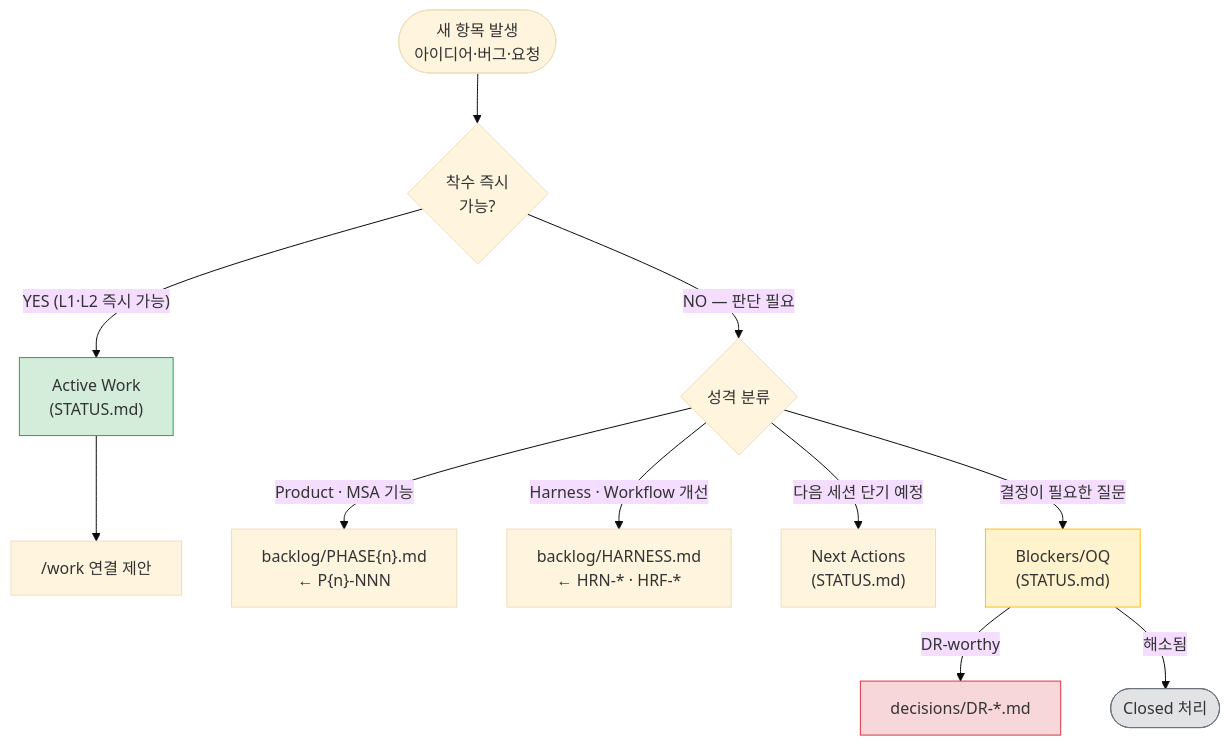
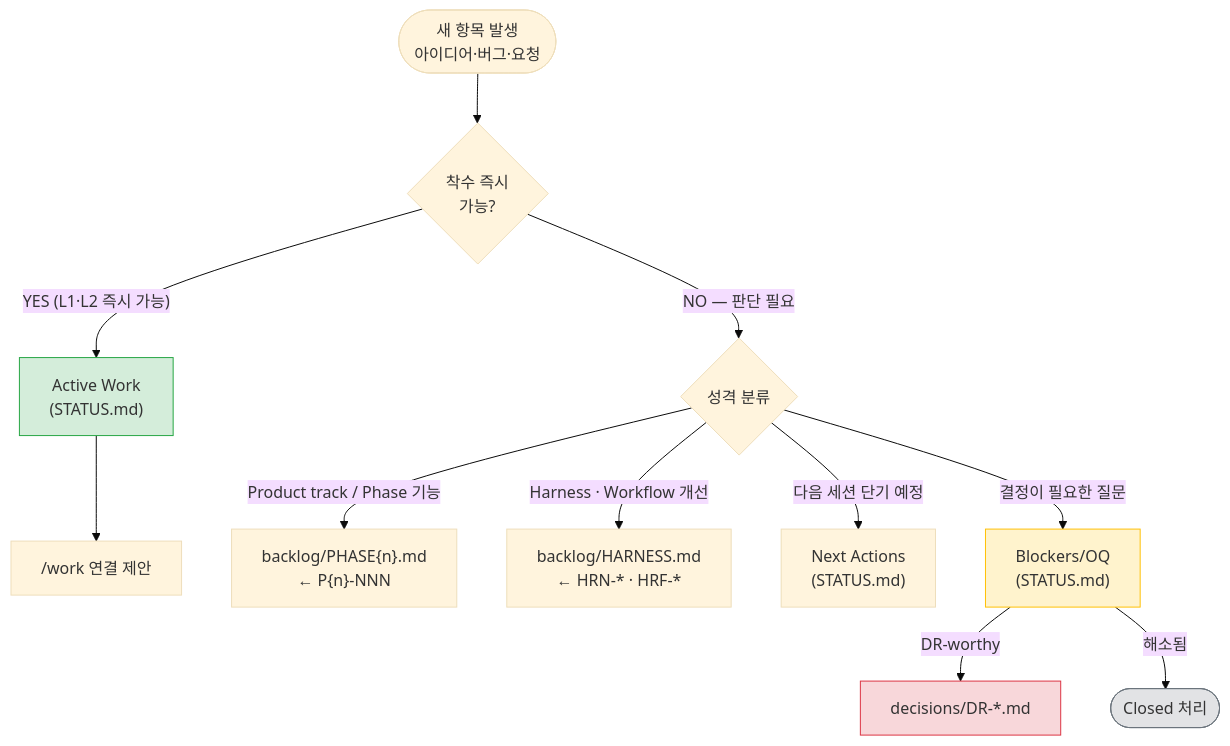
Before and after one commit to kyungseo/ai-workflow-harness: the seventh of 14 diagrams in docs/WORKFLOW-MANUAL.md, drawn with Mermaid (base theme). The commit also changed other lines of this file and 216 other files, not shown here.

````diff
--- a/docs/WORKFLOW-MANUAL.md
+++ b/docs/WORKFLOW-MANUAL.md
@@ -379,22 +391,22 @@
 ```mermaid
 flowchart TD
     NEW(["새 항목 발생\n아이디어·버그·요청"]) --> URGENT{"착수 즉시\n가능?"}
 
     URGENT -- "YES (L1·L2 즉시 가능)" --> AW["Active Work\n(STATUS.md)"]
     AW --> WORK_CMD["/work 연결 제안"]
 
     URGENT -- "NO — 판단 필요" --> TYPE{"성격 분류"}
 
-    TYPE -- "Product · MSA 기능" --> PBL["backlog/PHASE{n}.md\n← P{n}-NNN"]
+    TYPE -- "Product track / Phase 기능" --> PBL["backlog/PHASE{n}.md\n← P{n}-NNN"]
     TYPE -- "Harness · Workflow 개선" --> HBL["backlog/HARNESS.md\n← HRN-* · HRF-*"]
     TYPE -- "다음 세션 단기 예정" --> NA["Next Actions\n(STATUS.md)"]
     TYPE -- "결정이 필요한 질문" --> OQ["Blockers/OQ\n(STATUS.md)"]
 
     OQ -- "DR-worthy" --> DR["decisions/DR-*.md"]
     OQ -- "해소됨" --> CLOSED(["Closed 처리"])
 
     style AW fill:#d4edda,stroke:#28a745
     style OQ fill:#fff3cd,stroke:#ffc107
     style DR fill:#f8d7da,stroke:#dc3545
     style CLOSED fill:#e2e3e5,stroke:#6c757d
 ```
````
